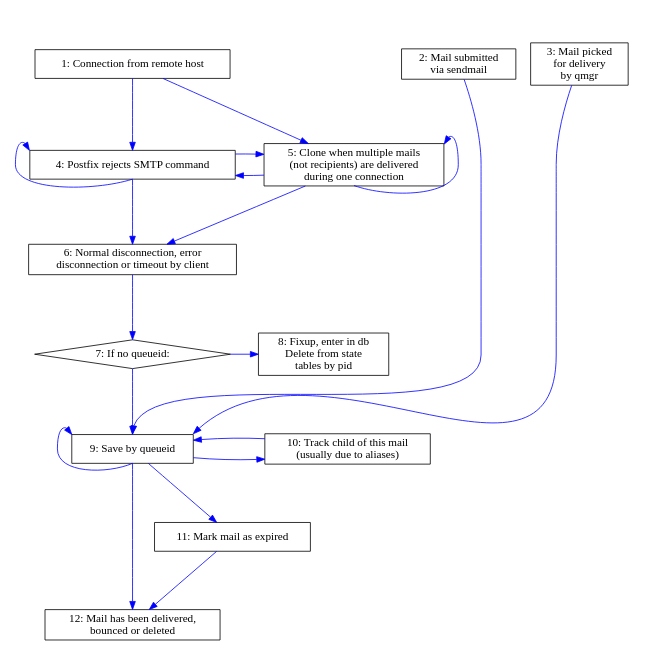
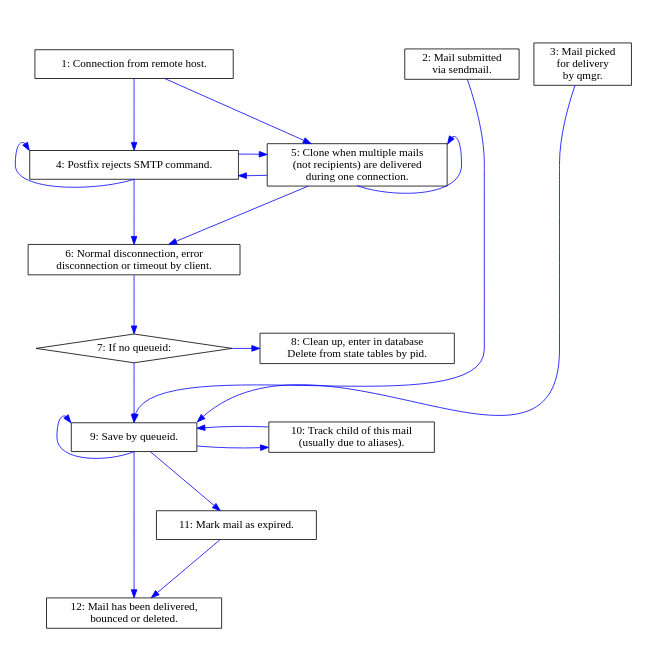
The diagram in doc/logparser-flow-chart-part-1.dot (tobinjt/ASO), drawn with Graphviz before and after one commit. The commit also changed 4 other files, not shown here.

```diff
--- a/doc/logparser-flow-chart-part-1.dot
+++ b/doc/logparser-flow-chart-part-1.dot
@@ -1,110 +1,110 @@
 /* vim: set textwidth=160 : */
 /* $Id$ */
 
 digraph logparser {
     graph [
         /* This seems to be width, height - but they interact strangely, so 
          * I'm never sure.
          */
         size = "5.2, 8.4"
         margin = "0"
         center = true
     ]
     node [
         shape = box
     ]
     edge [
         color = blue
         fontcolor = red
         minlen = 2
     ]
 
     /* EDGES */
     /* Connect from client */
     connect                         -> { rejection } [weight = 5]
     rejection                       -> { rejection } [dir = back, headport = s, tailport = nw]
     rejection                       -> { disconnect } [weight = 5]
     connect                         -> { clone }
     clone                           -> { clone } [dir = back, headport = s, tailport = ne]
     clone                           -> { disconnect }
     clone                           -> { rejection }
     rejection                       -> { clone }
 
     /* Disconnect without queueid */
     disconnect                      -> { if_no_queueid } [weight = 5]
     if_no_queueid                   -> { fixup_enter_in_db_disconnect }
 
     /* Disconnect with queueid */
     if_no_queueid                   -> { save_by_queueid } [weight = 5]
 
     /* Misc entry */
     pickup                          -> { save_by_queueid } [headport = n]
     qmgr_chooses_mail               -> { save_by_queueid } [headport = ne]
     /* Graph placement */
     connect                         -> { pickup } [style = invis, weight = 0]
     connect                         -> { qmgr_chooses_mail } [style = invis, weight = 0]
 
     /* Save results by queueid */
     save_by_queueid                 -> { track } [minlen = 5]
     track                           -> { save_by_queueid }
     save_by_queueid                 -> { save_by_queueid } [dir = back, headport = s, tailport = nw]
     save_by_queueid                 -> { commit } [weight = 10]
 
     /* Expired mails */
     save_by_queueid                 -> { expiry }
     expiry                          -> { commit } [weight = 0]
 
     /* NODE LABELS */
-    rejection                       [label = "4: Postfix rejects SMTP command"]
-    connect                         [label = "1: Connection from remote host"]
-    clone                           [label = "5: Clone when multiple mails\n(not recipients) are delivered\nduring one connection"]
+    rejection                       [label = "4: Postfix rejects SMTP command."]
+    connect                         [label = "1: Connection from remote host."]
+    clone                           [label = "5: Clone when multiple mails\n(not recipients) are delivered\nduring one connection."]
 
     /* Disconnect without queueid */
-    disconnect                      [label = "6: Normal disconnection, error\ndisconnection or timeout by client"]
+    disconnect                      [label = "6: Normal disconnection, error\ndisconnection or timeout by client."]
     if_no_queueid                   [label = "7: If no queueid:", shape = diamond]
-    fixup_enter_in_db_disconnect    [label = "8: Fixup, enter in db\nDelete from state\ntables by pid"]
+    fixup_enter_in_db_disconnect    [label = "8: Clean up, enter in database\nDelete from state tables by pid."]
 
     /* Disconnect with queueid - already covered */
 
     /* Misc entry */
-    pickup                          [label = "2: Mail submitted\nvia sendmail"]
-    qmgr_chooses_mail               [label = "3: Mail picked \nfor delivery\nby qmgr"]
+    pickup                          [label = "2: Mail submitted\nvia sendmail."]
+    qmgr_chooses_mail               [label = "3: Mail picked \nfor delivery\nby qmgr."]
 
     /* Save results by queueid */
-    save_by_queueid                 [label = "9: Save by queueid"]
-    track                           [label = "10: Track child of this mail\n(usually due to aliases)"]
+    save_by_queueid                 [label = "9: Save by queueid."]
+    track                           [label = "10: Track child of this mail\n(usually due to aliases)."]
 
     /* Expiry */
-    expiry                          [label = "11: Mark mail as expired"]
+    expiry                          [label = "11: Mark mail as expired."]
 
     /* Commit is complicated */
     /* Neither parent nor child. */
-    commit                          [label = "12: Mail has been delivered,\nbounced or deleted"]
+    commit                          [label = "12: Mail has been delivered,\nbounced or deleted."]
 
     /* SUB-GRAPHS */
     subgraph sources {
         rank = source
         pickup
         qmgr_chooses_mail
         connect
     }
 
     subgraph clone_or_save {
         rank = same
         clone
         rejection
     }
 
     subgraph disconnect_without_queueid {
         rank = same
         if_no_queueid
         fixup_enter_in_db_disconnect
     }
 
     subgraph save_or_track {
         rank = same
         track
         save_by_queueid
     }
 
 }
```
